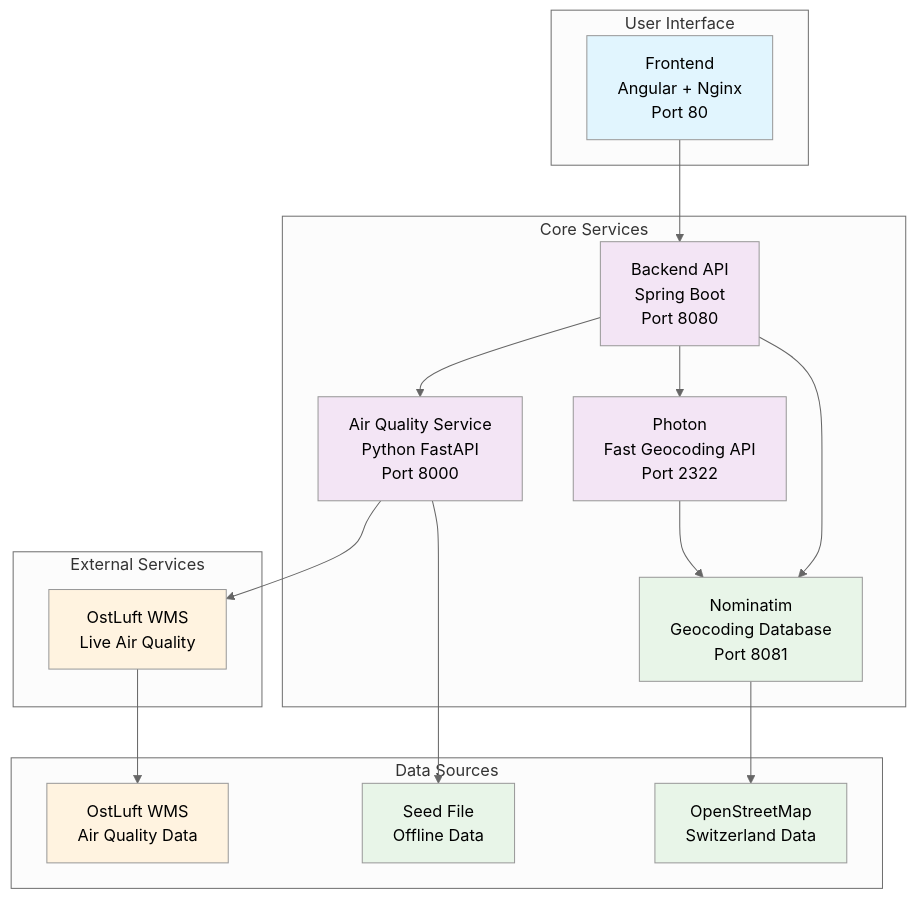
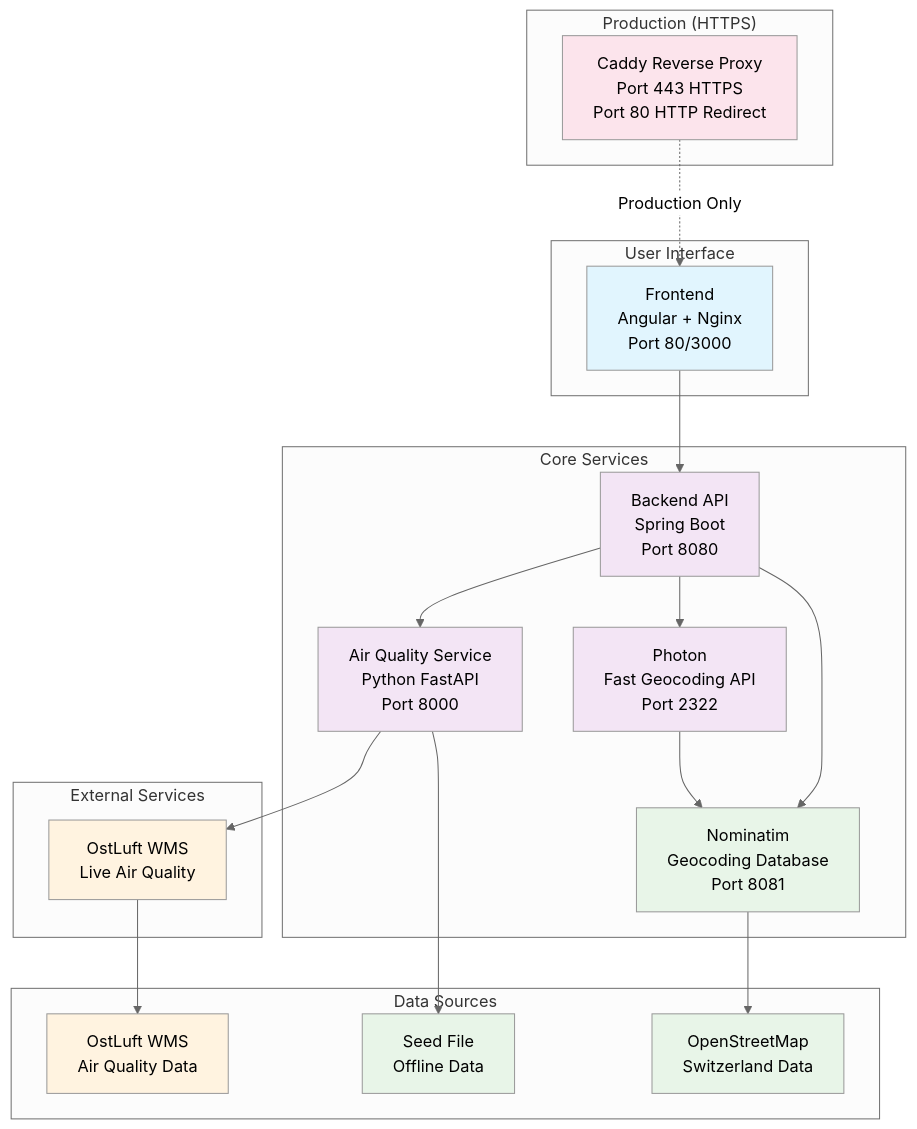
Before and after one commit to ethz-coss/routify: the diagram in README.md, drawn with Mermaid (neutral theme). The commit also changed other lines of this file and 8 other files, not shown here.

````diff
--- a/README.md
+++ b/README.md
@@ -35,45 +35,52 @@
 ```mermaid
 graph TB
+    subgraph "Production (HTTPS)"
+        CADDY[Caddy Reverse Proxy<br/>Port 443 HTTPS<br/>Port 80 HTTP Redirect]
+    end
+    
     subgraph "User Interface"
-        UI[Frontend<br/>Angular + Nginx<br/>Port 80]
+        UI[Frontend<br/>Angular + Nginx<br/>Port 80/3000]
     end
     
     subgraph "Core Services"
         API[Backend API<br/>Spring Boot<br/>Port 8080]
         GEO[Nominatim<br/>Geocoding Database<br/>Port 8081]
         PHOTON[Photon<br/>Fast Geocoding API<br/>Port 2322]
         AQ[Air Quality Service<br/>Python FastAPI<br/>Port 8000]
     end
     
     subgraph "Data Sources"
         OSM[OpenStreetMap<br/>Switzerland Data]
         OSTLUFT[OstLuft WMS<br/>Air Quality Data]
         SEED[Seed File<br/>Offline Data]
     end
     
     subgraph "External Services"
         WMS[OstLuft WMS<br/>Live Air Quality]
     end
     
+    CADDY -.->|Production Only| UI
     UI --> API
     API --> GEO
     API --> PHOTON
     API --> AQ
     
     GEO --> OSM
     PHOTON --> GEO
     AQ --> SEED
     AQ --> WMS
     
     WMS --> OSTLUFT
     
     classDef frontend fill:#e1f5fe
     classDef backend fill:#f3e5f5
     classDef data fill:#e8f5e8
     classDef external fill:#fff3e0
+    classDef proxy fill:#fce4ec
     
     class UI frontend
     class API,PHOTON,AQ backend
     class GEO,OSM,SEED data
     class WMS,OSTLUFT external
+    class CADDY proxy
 ```
````
